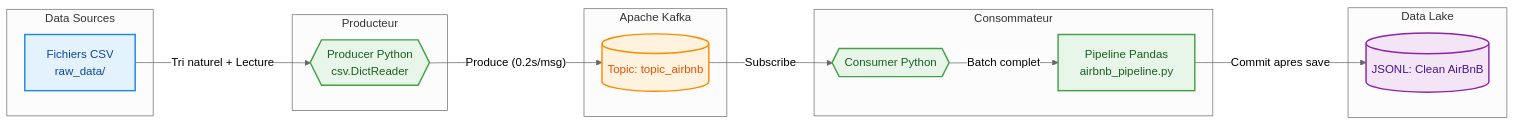
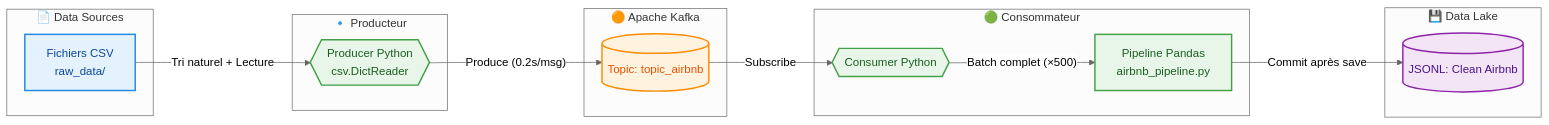
The diagram in README.md (badr-abba/airbnb-kafka-microbatch-pipeline), drawn with Mermaid (neutral theme) before and after one commit. The commit also changed other lines of this file, not shown here.

````diff
--- a/README.md
+++ b/README.md
@@ -10,41 +59,41 @@
 ```mermaid
 flowchart LR
-    subgraph Sources [Data Sources]
+    subgraph Sources ["📄 Data Sources"]
         CSV[Fichiers CSV<br>raw_data/]
     end
 
-    subgraph Ingestion [Producteur]
+    subgraph Ingestion ["🔹 Producteur"]
         P{{Producer Python<br>csv.DictReader}}
     end
 
-    subgraph Streaming [Apache Kafka]
+    subgraph Streaming ["🟠 Apache Kafka"]
         T[(Topic: topic_airbnb)]
     end
 
-    subgraph Processing [Consommateur]
+    subgraph Processing ["🟢 Consommateur"]
         C{{Consumer Python}}
         PL[Pipeline Pandas<br>airbnb_pipeline.py]
     end
 
-    subgraph Storage [Data Lake]
-        DL[(JSONL: Clean AirBnB)]
+    subgraph Storage ["💾 Data Lake"]
+        DL[(JSONL: Clean Airbnb)]
     end
 
     %% Flux
     CSV -- "Tri naturel + Lecture" --> P
     P -- "Produce (0.2s/msg)" --> T
     T -- "Subscribe" --> C
-    C -- "Batch complet" --> PL
-    PL -- "Commit apres save" --> DL
+    C -- "Batch complet (×500)" --> PL
+    PL -- "Commit après save" --> DL
 
     %% Styles
     classDef source fill:#e3f2fd,stroke:#1e88e5,stroke-width:2px,color:#0d47a1;
     classDef python fill:#e8f5e9,stroke:#43a047,stroke-width:2px,color:#1b5e20;
     classDef kafka fill:#fff3e0,stroke:#fb8c00,stroke-width:2px,color:#e65100;
     classDef lake fill:#f3e5f5,stroke:#8e24aa,stroke-width:2px,color:#4a148c;
 
     class CSV source;
     class P,C,PL python;
     class T kafka;
     class DL lake;
 ```
````
